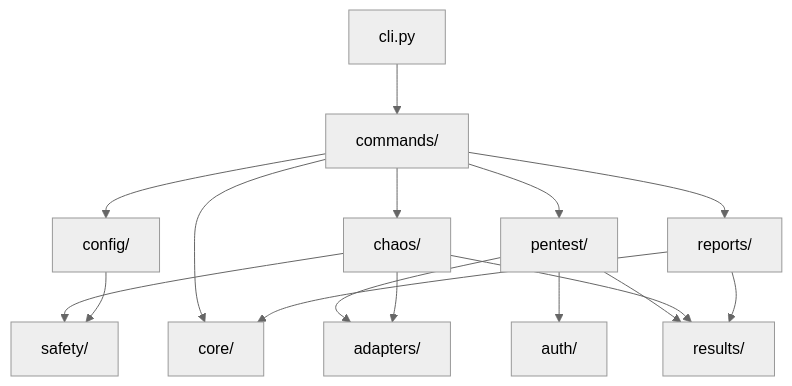
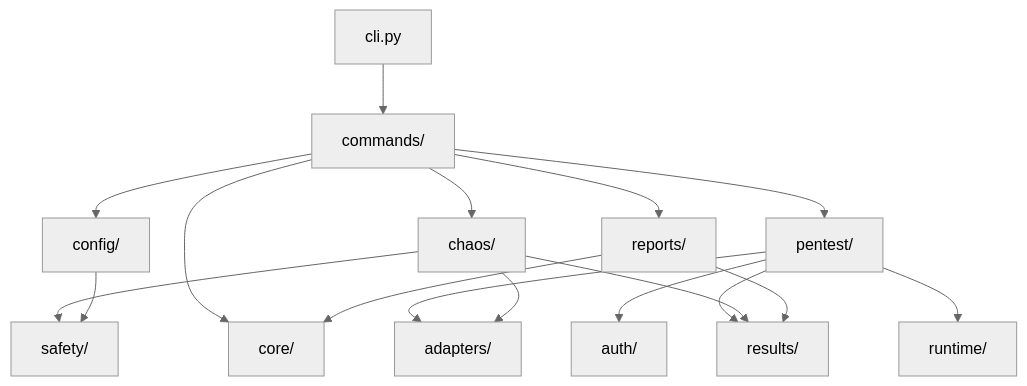
Before and after one commit to Sureinity/websec-chaos-toolkit: the second of 5 diagrams in docs/explanation/architecture.md, drawn with Mermaid (neutral theme). The commit also changed other lines of this file and 4 other files, not shown here.

````diff
--- a/docs/explanation/architecture.md
+++ b/docs/explanation/architecture.md
@@ -71,30 +71,32 @@
 ```mermaid
 flowchart TD
     cli[cli.py]
     commands[commands/]
     config[config/]
     core[core/]
     auth[auth/]
     adapters[adapters/]
     pentest[pentest/]
     chaos[chaos/]
     results[results/]
     reports[reports/]
     safety[safety/]
 
     cli --> commands
     commands --> config
     commands --> core
     commands --> pentest
     commands --> chaos
     commands --> reports
+    runtime[runtime/]
     pentest --> adapters
     pentest --> auth
     pentest --> results
+    pentest --> runtime
     chaos --> adapters
     chaos --> results
     chaos --> safety
     config --> safety
     reports --> results
     reports --> core
 ```
````
